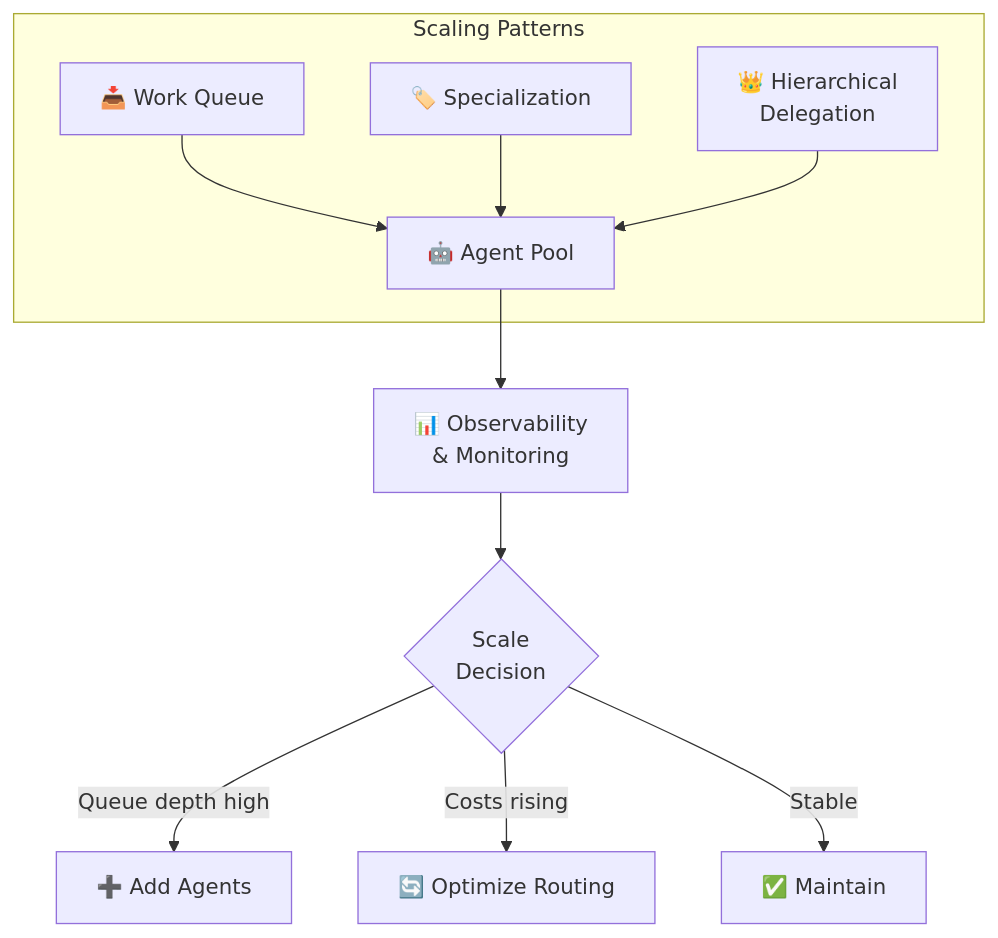
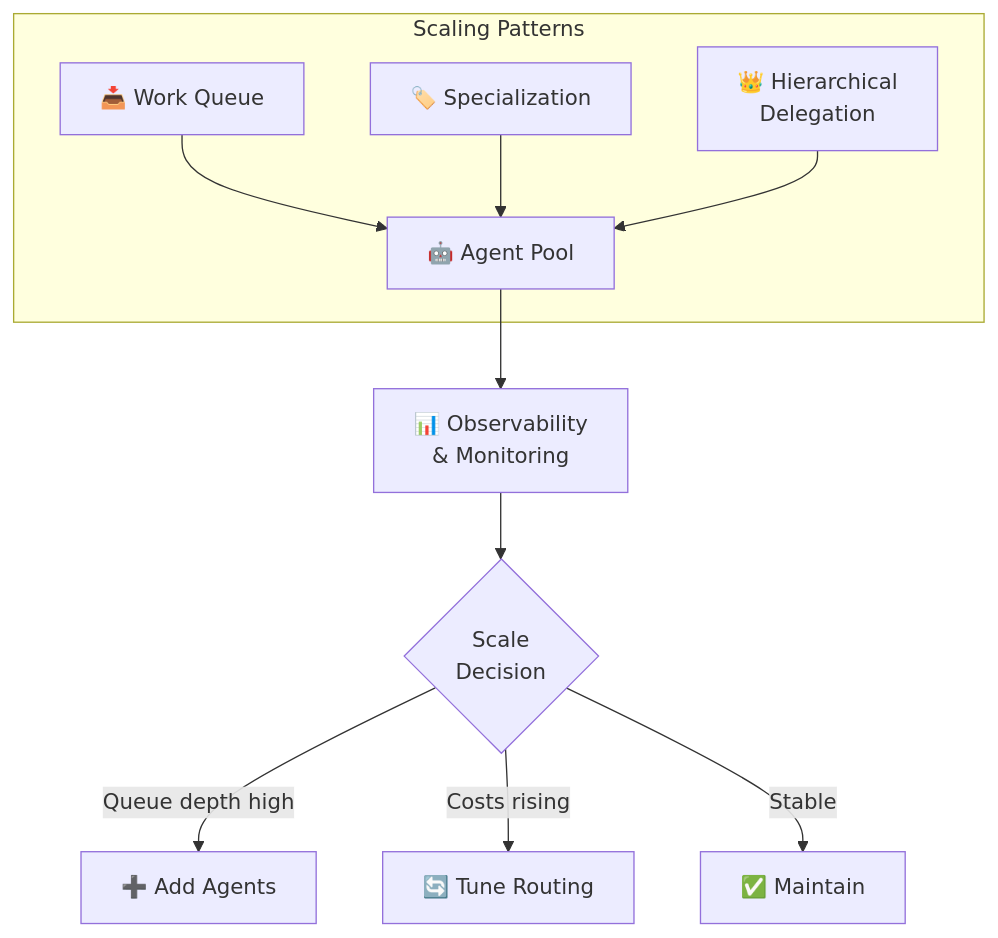
One commit to MissionControlSquad/website changed the first of 2 diagrams in content/blog/scaling-ai-agents-2-to-50.mdx. Above: the diagram before and after it, drawn with Mermaid. The commit also changed other lines of this file and 36 other files, not shown here.

````diff
--- a/content/blog/scaling-ai-agents-2-to-50.mdx
+++ b/content/blog/scaling-ai-agents-2-to-50.mdx
@@ -48,13 +48,13 @@
 ```mermaid
 graph TD
     subgraph "Scaling Patterns"
         A["📥 Work Queue"] --> D["🤖 Agent Pool"]
         B["🏷️ Specialization"] --> D
         C["👑 Hierarchical<br/>Delegation"] --> D
     end
     D --> E["📊 Observability<br/>& Monitoring"]
     E --> F{"Scale<br/>Decision"}
     F -->|"Queue depth high"| G["➕ Add Agents"]
-    F -->|"Costs rising"| H["🔄 Optimize Routing"]
+    F -->|"Costs rising"| H["🔄 Tune Routing"]
     F -->|"Stable"| I["✅ Maintain"]
 ```
````
